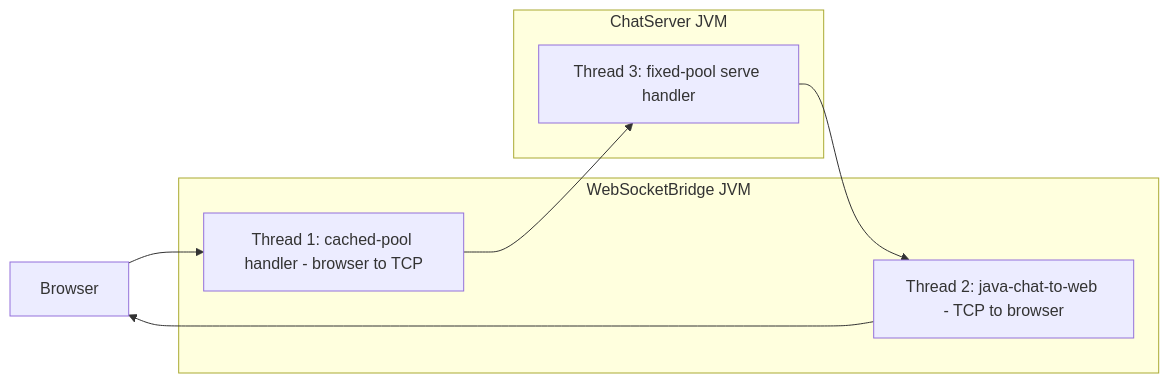
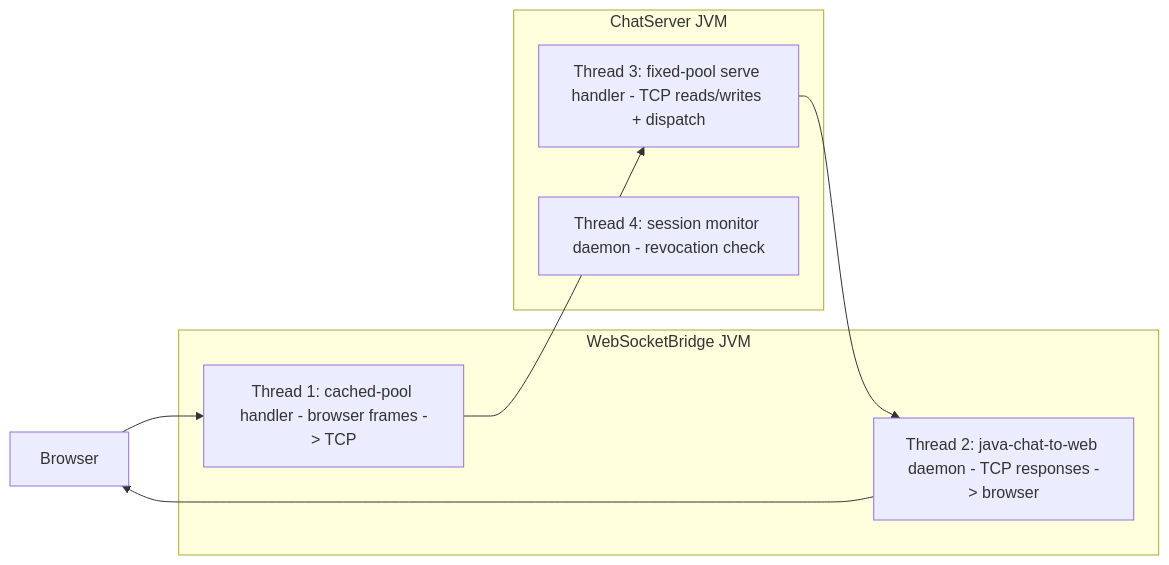
One commit to officallyariana/java-chat-web changed the third of 3 diagrams in README.md. Above: the diagram before and after it, drawn with Mermaid. The commit also changed other lines of this file, not shown here.

First line of the commit message:
Document account-based chat setup and architecture

````diff
--- a/README.md
+++ b/README.md
@@ -144,12 +303,13 @@
 ```mermaid
 flowchart LR
     B[Browser]
     subgraph Bridge[WebSocketBridge JVM]
-      T1[Thread 1: cached-pool handler - browser to TCP]
-      T2[Thread 2: java-chat-to-web - TCP to browser]
+      T1[Thread 1: cached-pool handler - browser frames -> TCP]
+      T2[Thread 2: java-chat-to-web daemon - TCP responses -> browser]
     end
     subgraph Server[ChatServer JVM]
-      T3[Thread 3: fixed-pool serve handler]
+      T3[Thread 3: fixed-pool serve handler - TCP reads/writes + dispatch]
+      T4[Thread 4: session monitor daemon - revocation check]
     end
     B --> T1 --> T3 --> T2 --> B
 ```
````
